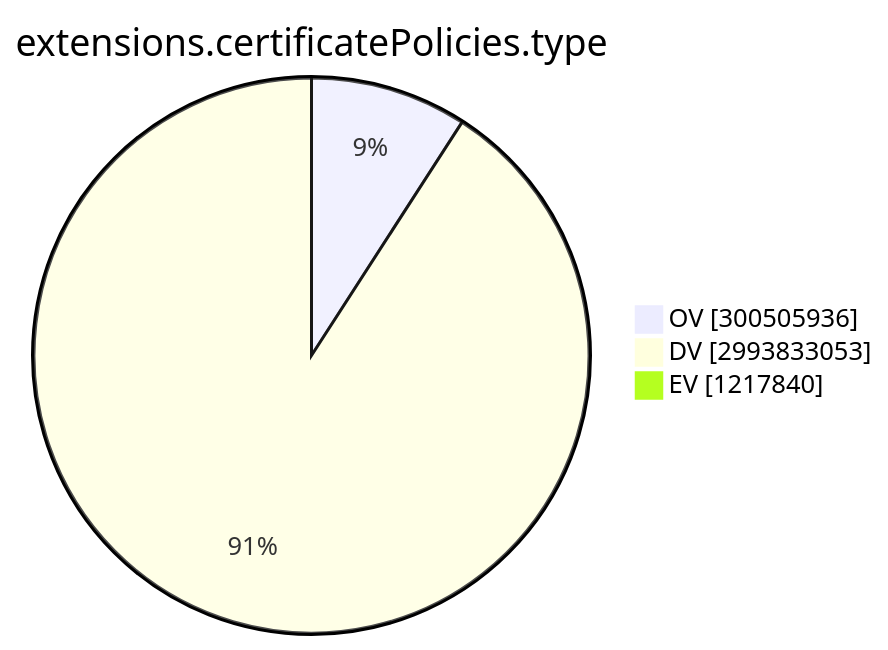
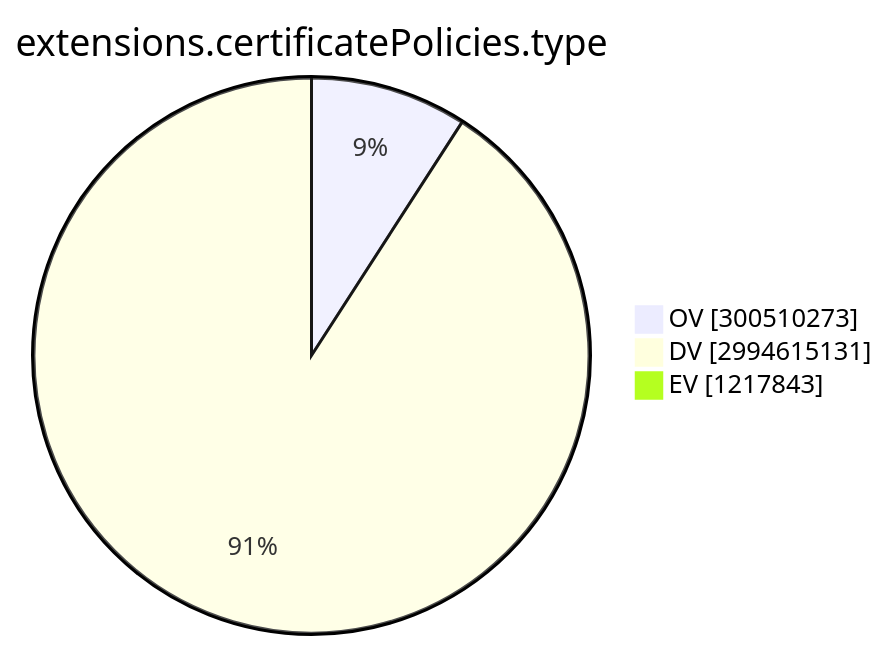
The ninth of 15 diagrams in TOTAL/README.md (christiankrug/ctmonitor_visualization), drawn with Mermaid before and after one commit. The commit also changed other lines of this file, not shown here.

````diff
--- a/TOTAL/README.md
+++ b/TOTAL/README.md
@@ -3102,7 +3102,7 @@
 ```mermaid
 pie showData
 title extensions.certificatePolicies.type
-"OV" :300505936
-"DV" :2993833053
-"EV" :1217840
+"OV" :300510273
+"DV" :2994615131
+"EV" :1217843
 ```
````
